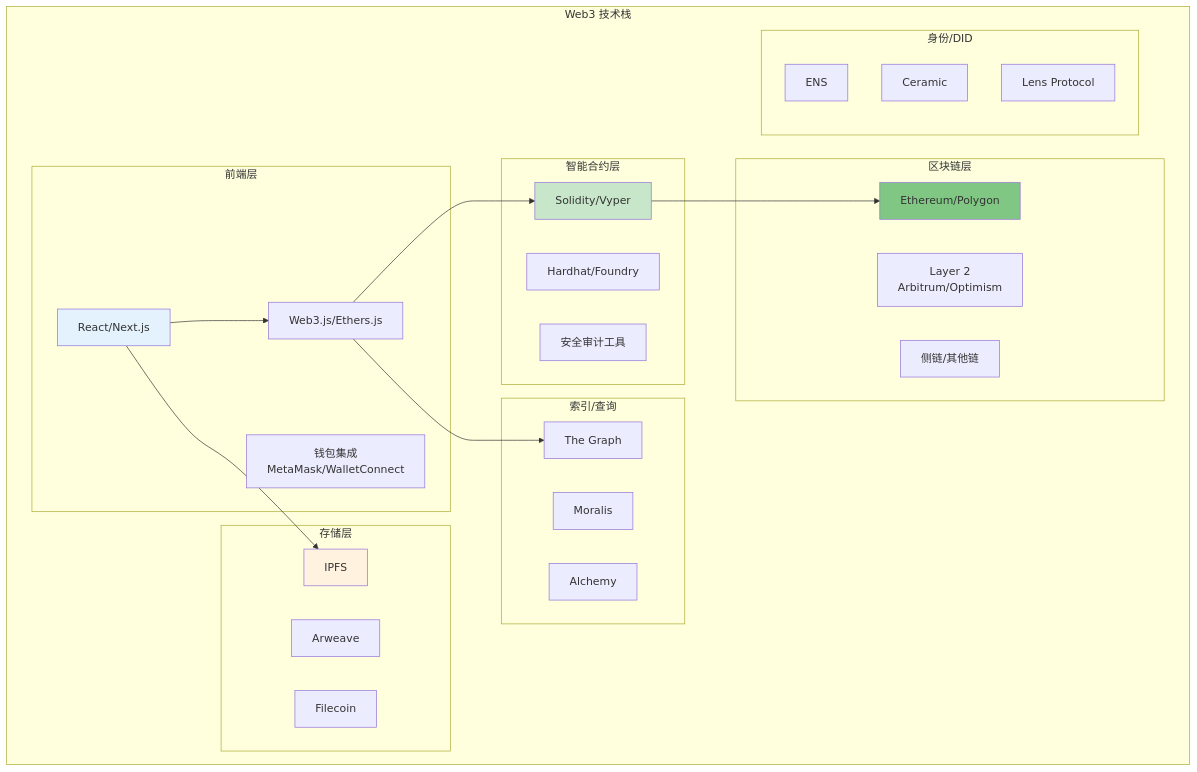
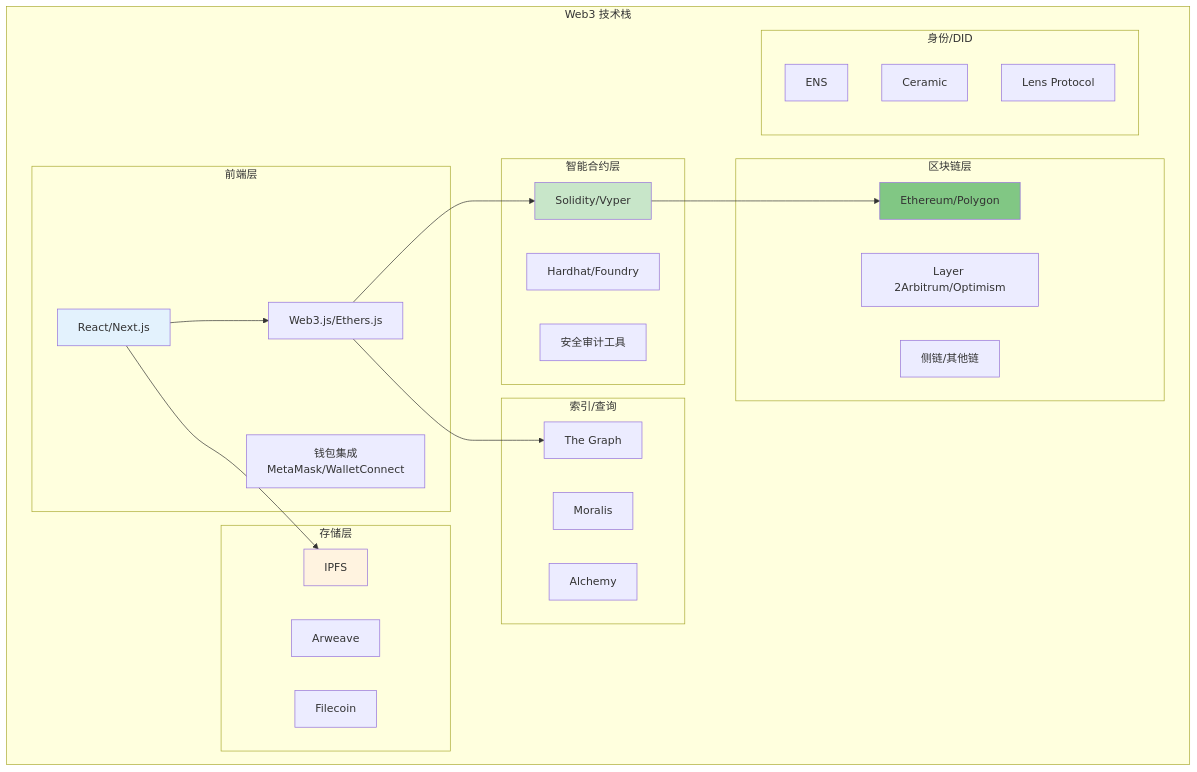
Before and after one commit to liuxing95/blog: diagram 15 of 29 in src/content/posts/web3/web2-vs-web3.md, drawn with Mermaid. The commit also changed other lines of this file and 3 other files, not shown here.

Commit message:
新增区块链入门和 IPFS 网关完整教程文档，详细介绍区块链的基本概念、结构、哈希原理及 IPFS 网关的工作原理、使用场景和最佳实践，旨在帮助用户深入理解区块链和去中心化存储技术，提升学习体验。同时，更新 Web3 前端开发完整教程，涵盖 MetaMask 钱包与 DApp 前端的交互流程及实战开发指南，增强用户对 Web3 开发的理解和应用能力。

````diff
--- a/src/content/posts/web3/web2-vs-web3.md
+++ b/src/content/posts/web3/web2-vs-web3.md
@@ -739,51 +714,51 @@
 ```mermaid
 graph TB
     subgraph "Web3 技术栈"
         subgraph "前端层"
             DApp1[React/Next.js]
             DApp2[Web3.js/Ethers.js]
-            DApp3[钱包集成<br/>MetaMask/WalletConnect]
+            DApp3[钱包集成MetaMask/WalletConnect]
         end
 
         subgraph "智能合约层"
             SC1[Solidity/Vyper]
             SC2[Hardhat/Foundry]
             SC3[安全审计工具]
         end
 
         subgraph "区块链层"
             BC1[Ethereum/Polygon]
-            BC2[Layer 2<br/>Arbitrum/Optimism]
+            BC2[Layer 2Arbitrum/Optimism]
             BC3[侧链/其他链]
         end
 
         subgraph "存储层"
             ST1[IPFS]
             ST2[Arweave]
             ST3[Filecoin]
         end
 
         subgraph "索引/查询"
             IDX1[The Graph]
             IDX2[Moralis]
             IDX3[Alchemy]
         end
 
         subgraph "身份/DID"
             ID1[ENS]
             ID2[Ceramic]
             ID3[Lens Protocol]
         end
     end
 
     DApp1 --> DApp2
     DApp2 --> SC1
     SC1 --> BC1
     DApp1 --> ST1
     DApp2 --> IDX1
 
     style DApp1 fill:#e3f2fd
     style SC1 fill:#c8e6c9
     style BC1 fill:#81c784
     style ST1 fill:#fff3e0
 ```
````
